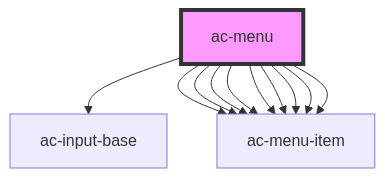
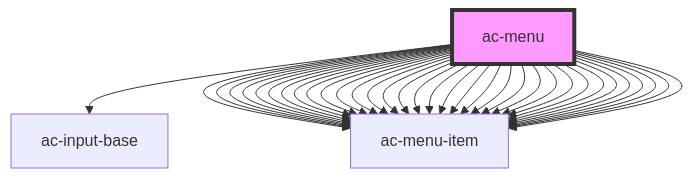
Before and after one commit to accera-tech/solar-components: the diagram in src/components/molecules/ac-menu/readme.md, drawn with Mermaid. The commit also changed other lines of this file and 2 other files, not shown here.

Commit message:
feat: add icon to buttons

````diff
--- a/src/components/molecules/ac-menu/readme.md
+++ b/src/components/molecules/ac-menu/readme.md
@@ -42,14 +66,38 @@
 ```mermaid
 graph TD;
   ac-menu --> ac-input-base
   ac-menu --> ac-menu-item
   ac-menu --> ac-menu-item
   ac-menu --> ac-menu-item
   ac-menu --> ac-menu-item
   ac-menu --> ac-menu-item
   ac-menu --> ac-menu-item
   ac-menu --> ac-menu-item
   ac-menu --> ac-menu-item
   ac-menu --> ac-menu-item
+  ac-menu --> ac-menu-item
+  ac-menu --> ac-menu-item
+  ac-menu --> ac-menu-item
+  ac-menu --> ac-menu-item
+  ac-menu --> ac-menu-item
+  ac-menu --> ac-menu-item
+  ac-menu --> ac-menu-item
+  ac-menu --> ac-menu-item
+  ac-menu --> ac-menu-item
+  ac-menu --> ac-menu-item
+  ac-menu --> ac-menu-item
+  ac-menu --> ac-menu-item
+  ac-menu --> ac-menu-item
+  ac-menu --> ac-menu-item
+  ac-menu --> ac-menu-item
+  ac-menu --> ac-menu-item
+  ac-menu --> ac-menu-item
+  ac-menu --> ac-menu-item
+  ac-menu --> ac-menu-item
+  ac-menu --> ac-menu-item
+  ac-menu --> ac-menu-item
+  ac-menu --> ac-menu-item
+  ac-menu --> ac-menu-item
+  ac-menu --> ac-menu-item
   style ac-menu fill:#f9f,stroke:#333,stroke-width:4px
 ```
````
